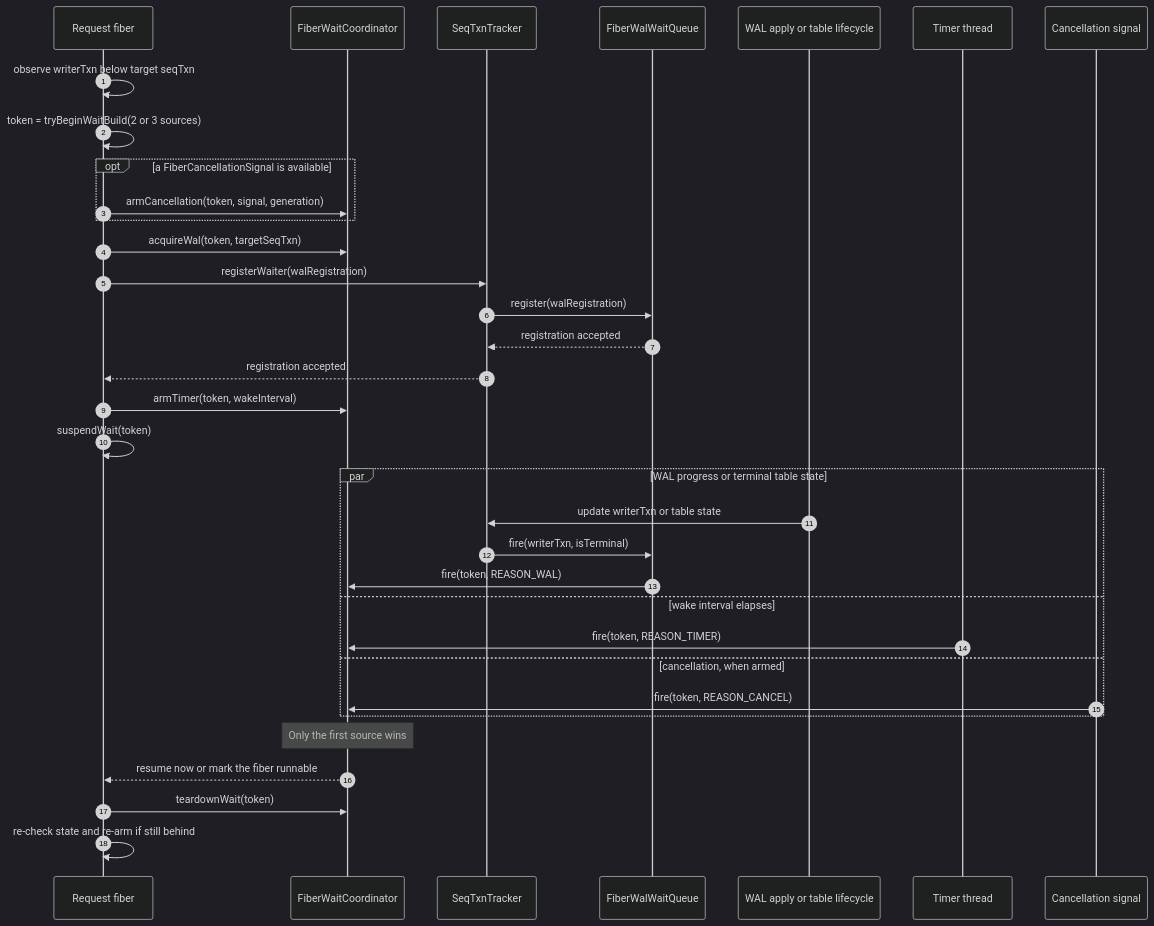
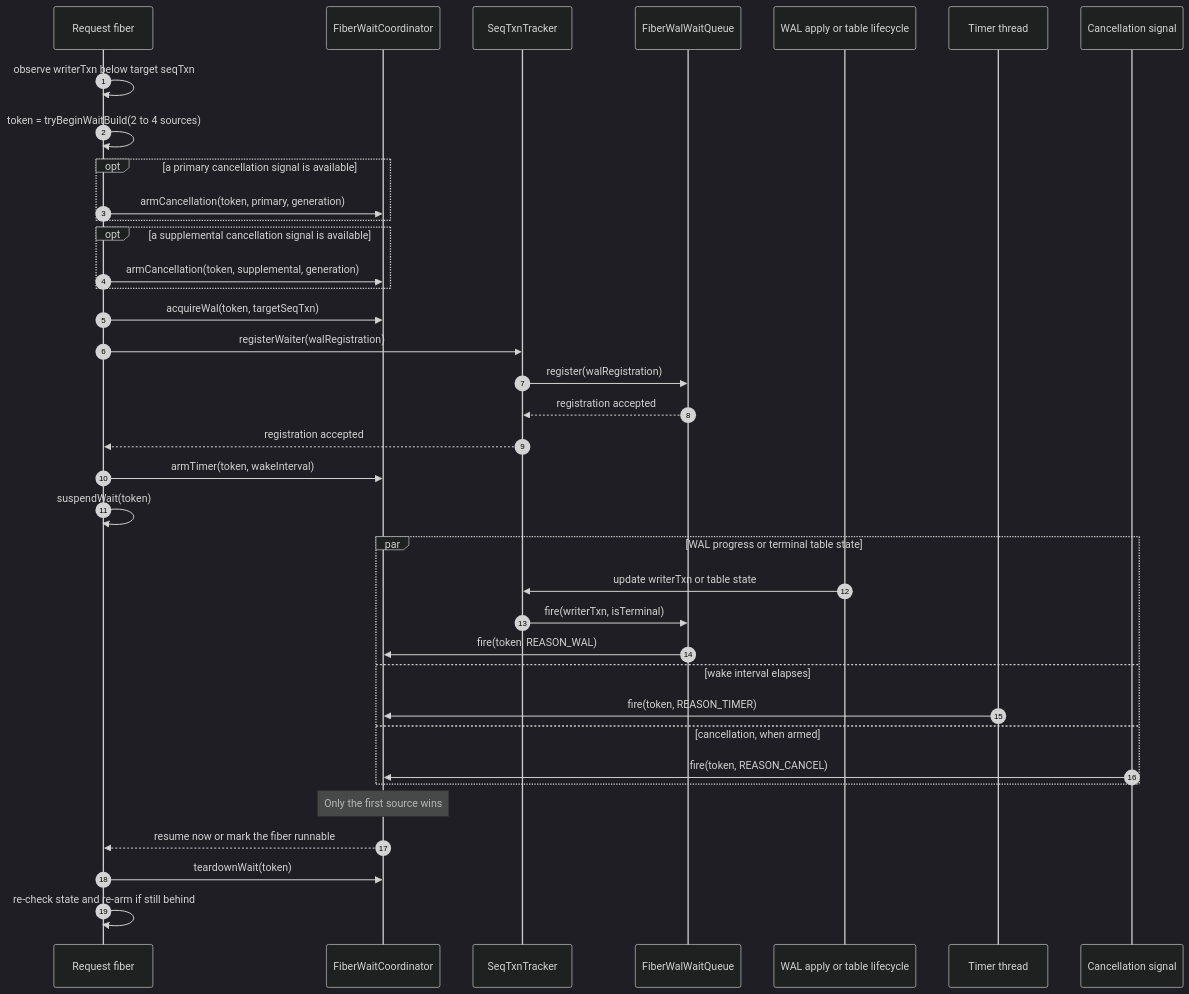
Before and after one commit to questdb/questdb: the second of 4 diagrams in core/src/main/java/io/questdb/mp/continuation/DELAY_HEAP.md, drawn with Mermaid (dark theme). The commit also changed other lines of this file and 93 other files, not shown here.

````diff
--- a/core/src/main/java/io/questdb/mp/continuation/DELAY_HEAP.md
+++ b/core/src/main/java/io/questdb/mp/continuation/DELAY_HEAP.md
@@ -120,37 +123,40 @@
 ```mermaid
 sequenceDiagram
     autonumber
     participant F as Request fiber
     participant CO as FiberWaitCoordinator
     participant ST as SeqTxnTracker
     participant WQ as FiberWalWaitQueue
     participant WA as WAL apply or table lifecycle
     participant TT as Timer thread
     participant CS as Cancellation signal
 
     F->>F: observe writerTxn below target seqTxn
-    F->>F: token = tryBeginWaitBuild(2 or 3 sources)
-    opt a FiberCancellationSignal is available
-        F->>CO: armCancellation(token, signal, generation)
+    F->>F: token = tryBeginWaitBuild(2 to 4 sources)
+    opt a primary cancellation signal is available
+        F->>CO: armCancellation(token, primary, generation)
+    end
+    opt a supplemental cancellation signal is available
+        F->>CO: armCancellation(token, supplemental, generation)
     end
     F->>CO: acquireWal(token, targetSeqTxn)
     F->>ST: registerWaiter(walRegistration)
     ST->>WQ: register(walRegistration)
     WQ-->>ST: registration accepted
     ST-->>F: registration accepted
     F->>CO: armTimer(token, wakeInterval)
     F->>F: suspendWait(token)
     par WAL progress or terminal table state
         WA->>ST: update writerTxn or table state
         ST->>WQ: fire(writerTxn, isTerminal)
         WQ->>CO: fire(token, REASON_WAL)
     and wake interval elapses
         TT->>CO: fire(token, REASON_TIMER)
     and cancellation, when armed
         CS->>CO: fire(token, REASON_CANCEL)
     end
     Note over CO: Only the first source wins
     CO-->>F: resume now or mark the fiber runnable
     F->>CO: teardownWait(token)
     F->>F: re-check state and re-arm if still behind
 ```
````
